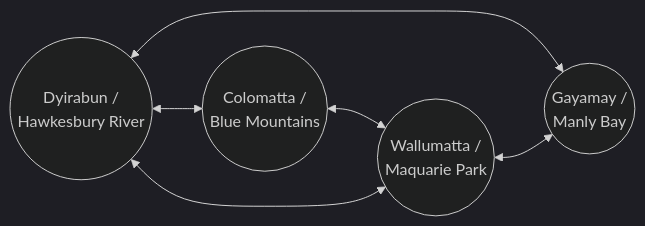
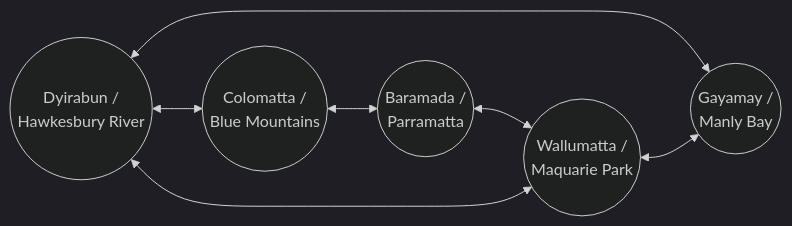
Before and after one commit to aaron-beverley-mq/first-nations-text-adventure: the diagram in README.md, drawn with Mermaid (dark theme). The commit also changed other lines of this file and 2 other files, not shown here.

`````diff
--- a/README.md
+++ b/README.md
@@ -20,12 +20,14 @@
 ```mermaid
  flowchart LR
   id1((Dyirabun /<br> Hawkesbury River))
   id2((Colomatta / <br> Blue Mountains))
   id3((Gayamay /<br> Manly Bay))
   id4((Wallumatta /<br> Maquarie Park))
+  id5((Baramada / <br> Parramatta))
+  id1 <--> id3
   id1 <--> id2
-  id1 <--> id3
-  id2 <--> id4
+  id5 <--> id4
+  id2 <--> id5
   id1 <--> id4
   id4 <--> id3
 ````
`````
